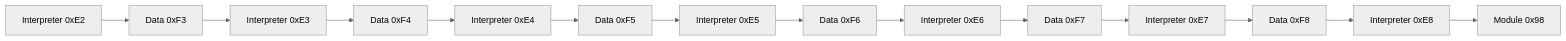
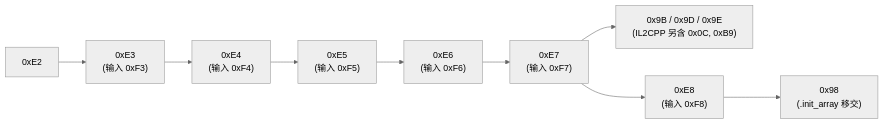
One commit to Momoko-Ayase/crackproof-research changed the diagram in internals/android-so/zh-cn/runtime/stage2-interpreter.md. Above: the diagram before and after it, drawn with Mermaid (neutral theme). The commit also changed other lines of this file and 446 other files, not shown here.

````diff
--- a/internals/android-so/zh-cn/runtime/stage2-interpreter.md
+++ b/internals/android-so/zh-cn/runtime/stage2-interpreter.md
@@ -9,16 +10,11 @@
 ```mermaid
 flowchart LR
-    E2["Interpreter 0xE2"] --> F3["Data 0xF3"]
-    F3 --> E3["Interpreter 0xE3"]
-    E3 --> F4["Data 0xF4"]
-    F4 --> E4["Interpreter 0xE4"]
-    E4 --> F5["Data 0xF5"]
-    F5 --> E5["Interpreter 0xE5"]
-    E5 --> F6["Data 0xF6"]
-    F6 --> E6["Interpreter 0xE6"]
-    E6 --> F7["Data 0xF7"]
-    F7 --> E7["Interpreter 0xE7"]
-    E7 --> F8["Data 0xF8"]
-    F8 --> E8["Interpreter 0xE8"]
-    E8 --> M98["Module 0x98"]
+    E2["0xE2"] --> E3["0xE3\n(输入 0xF3)"]
+    E3 --> E4["0xE4\n(输入 0xF4)"]
+    E4 --> E5["0xE5\n(输入 0xF5)"]
+    E5 --> E6["0xE6\n(输入 0xF6)"]
+    E6 --> E7["0xE7\n(输入 0xF7)"]
+    E7 --> REST["0x9B / 0x9D / 0x9E\n(IL2CPP 另含 0x0C, 0xB9)"]
+    E7 --> E8["0xE8\n(输入 0xF8)"]
+    E8 --> M98["0x98\n(.init_array 移交)"]
 ```
````
